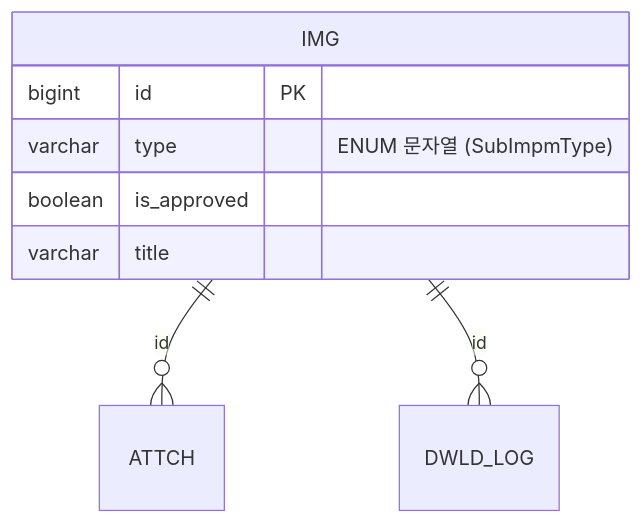
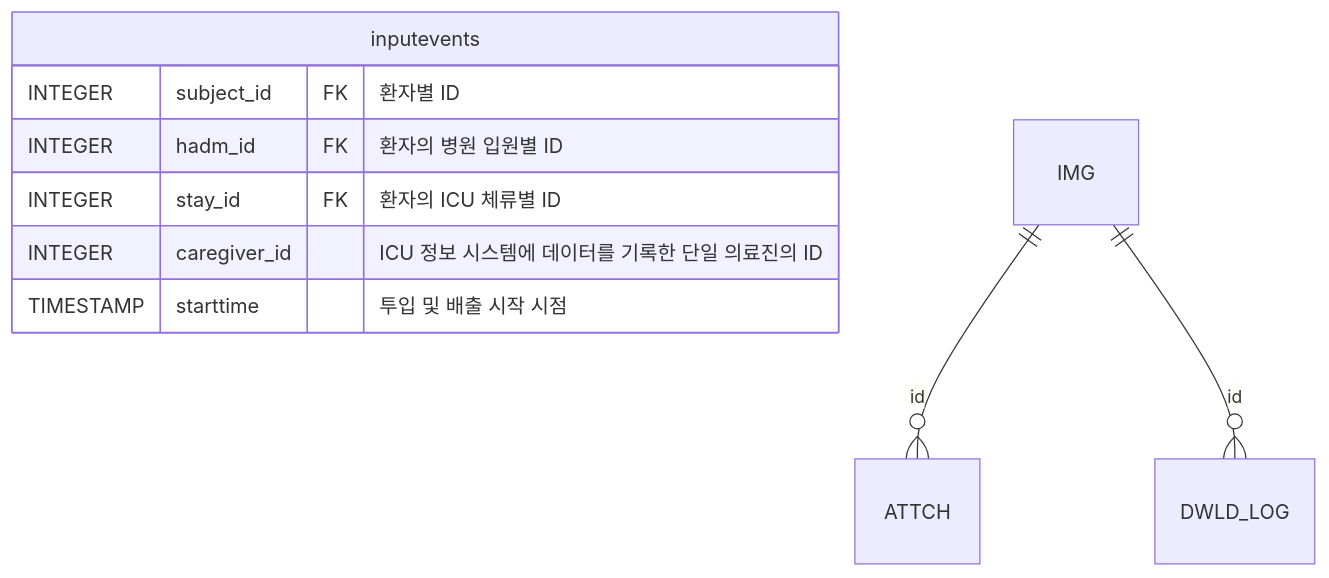
One commit to mink-yung/school changed the diagram in 2026-1/DataBase/erd.md. Above: the diagram before and after it, drawn with Mermaid. The commit also changed other lines of this file and 5 other files, not shown here.

````diff
--- a/2026-1/DataBase/erd.md
+++ b/2026-1/DataBase/erd.md
@@ -1,14 +1,15 @@
 ```mermaid
 
 erDiagram
-    IMG {
-        bigint id PK
-        varchar type  "ENUM 문자열 (SubImpmType)"
-        boolean is_approved
-        varchar title
+     inputevents{
+        INTEGER subject_id FK "환자별 ID"
+        INTEGER hadm_id FK "환자의 병원 입원별 ID"
+        INTEGER stay_id FK "환자의 ICU 체류별 ID"
+        INTEGER caregiver_id "ICU 정보 시스템에 데이터를 기록한 단일 의료진의 ID"
+        TIMESTAMP starttime "투입 및 배출 시작 시점"
     }
 
     IMG || --o{ ATTCH : "id"
     IMG || --o{ DWLD_LOG : "id"
 
 ```
````
